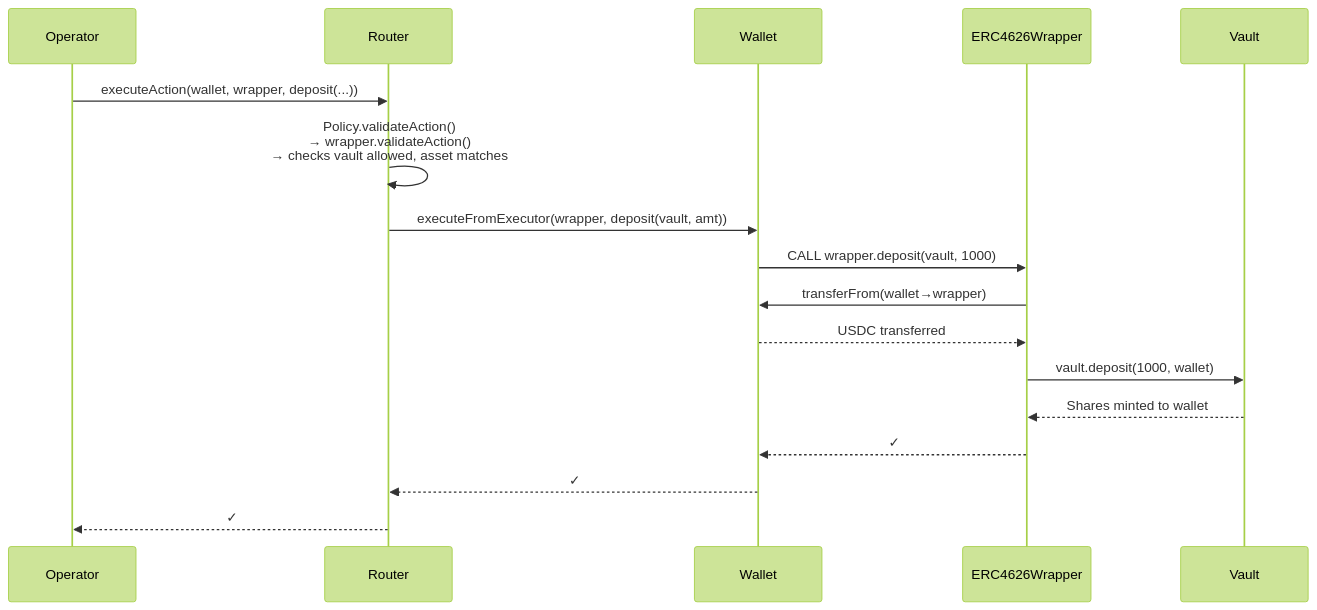
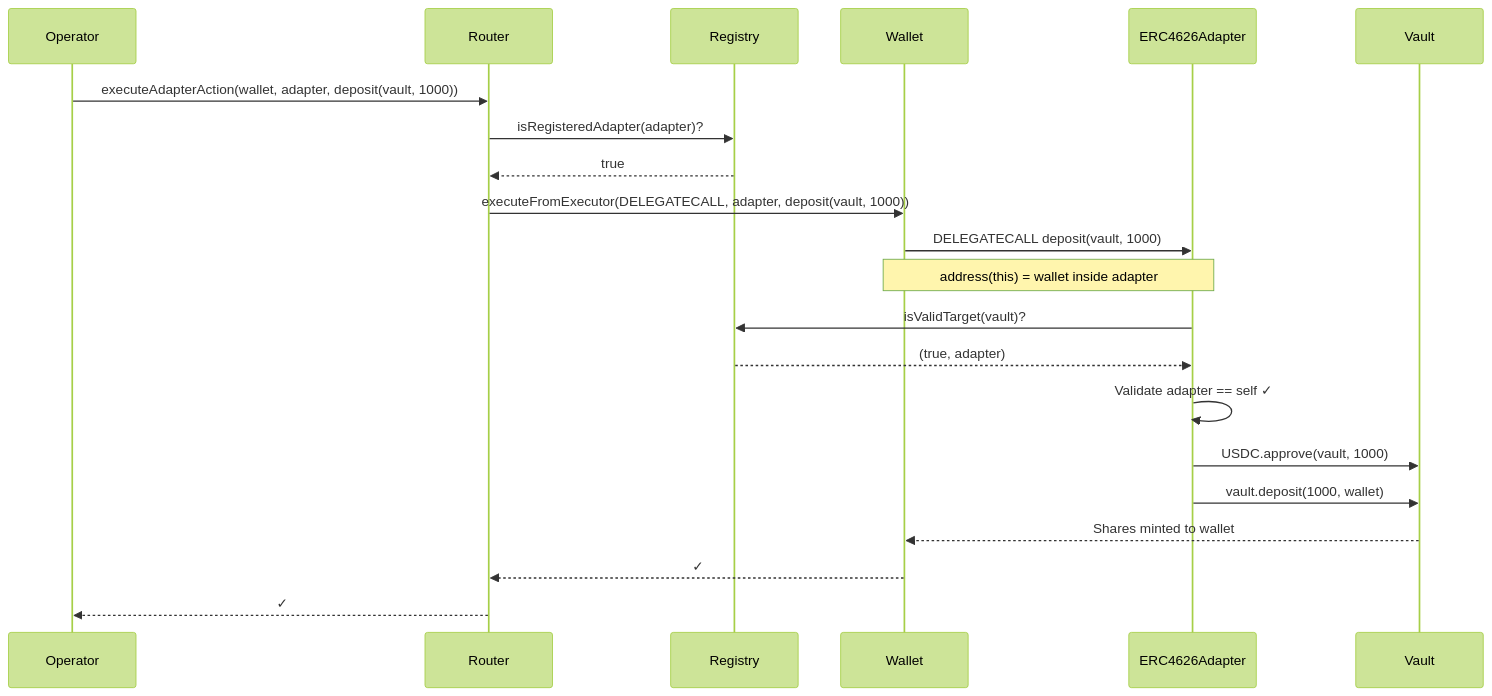
Before and after one commit to tokenpage/yieldseeker-contracts: the seventh of 8 diagrams in blockchain3/README.md, drawn with Mermaid (forest theme). The commit also changed other lines of this file and 39 other files, not shown here.

````diff
--- a/blockchain3/README.md
+++ b/blockchain3/README.md
@@ -495,20 +475,24 @@
 ```mermaid
 sequenceDiagram
     participant Op as Operator
     participant Router
+    participant Registry
     participant Wallet
-    participant Wrapper as ERC4626Wrapper
+    participant Adapter as ERC4626Adapter
     participant Vault
 
-    Op->>Router: executeAction(wallet, wrapper, deposit(...))
-    Router->>Router: Policy.validateAction()<br/>→ wrapper.validateAction()<br/>→ checks vault allowed, asset matches
-    Router->>Wallet: executeFromExecutor(wrapper, deposit(vault, amt))
-    Wallet->>Wrapper: CALL wrapper.deposit(vault, 1000)
-    Wrapper->>Wallet: transferFrom(wallet→wrapper)
-    Wallet-->>Wrapper: USDC transferred
-    Wrapper->>Vault: vault.deposit(1000, wallet)
-    Vault-->>Wrapper: Shares minted to wallet
-    Wrapper-->>Wallet: ✓
+    Op->>Router: executeAdapterAction(wallet, adapter, deposit(vault, 1000))
+    Router->>Registry: isRegisteredAdapter(adapter)?
+    Registry-->>Router: true
+    Router->>Wallet: executeFromExecutor(DELEGATECALL, adapter, deposit(vault, 1000))
+    Wallet->>Adapter: DELEGATECALL deposit(vault, 1000)
+    Note over Wallet,Adapter: address(this) = wallet inside adapter
+    Adapter->>Registry: isValidTarget(vault)?
+    Registry-->>Adapter: (true, adapter)
+    Adapter->>Adapter: Validate adapter == self ✓
+    Adapter->>Vault: USDC.approve(vault, 1000)
+    Adapter->>Vault: vault.deposit(1000, wallet)
+    Vault-->>Wallet: Shares minted to wallet
     Wallet-->>Router: ✓
     Router-->>Op: ✓
 ```
````
